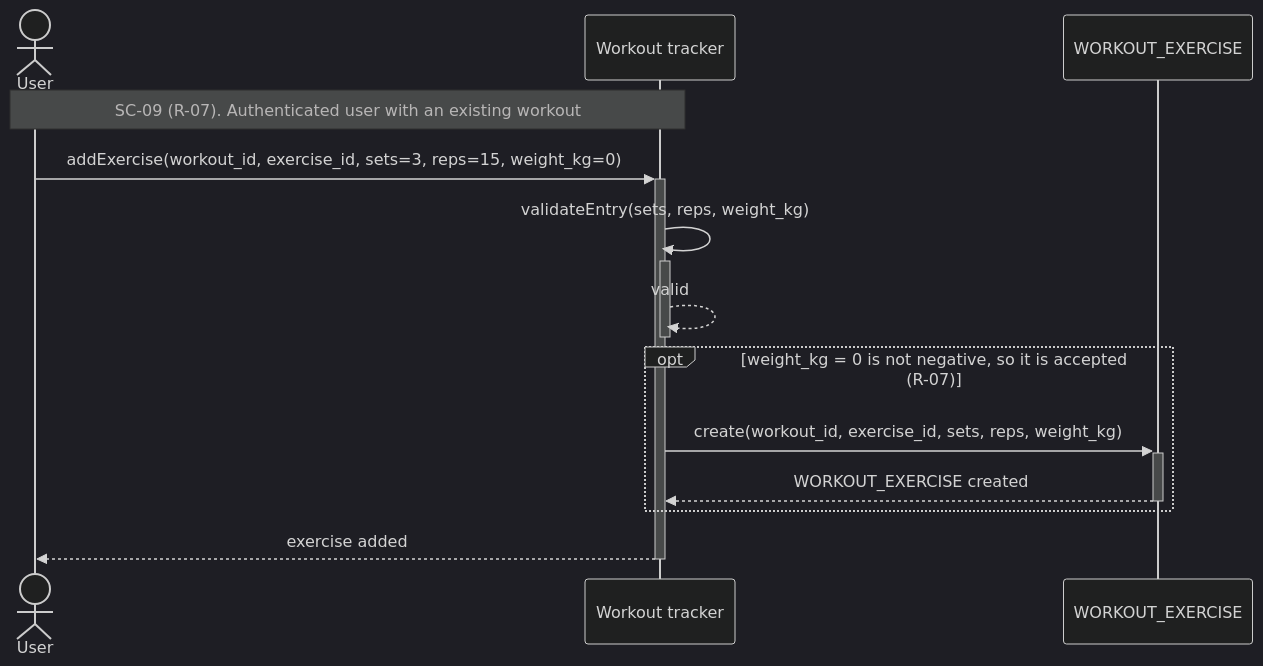
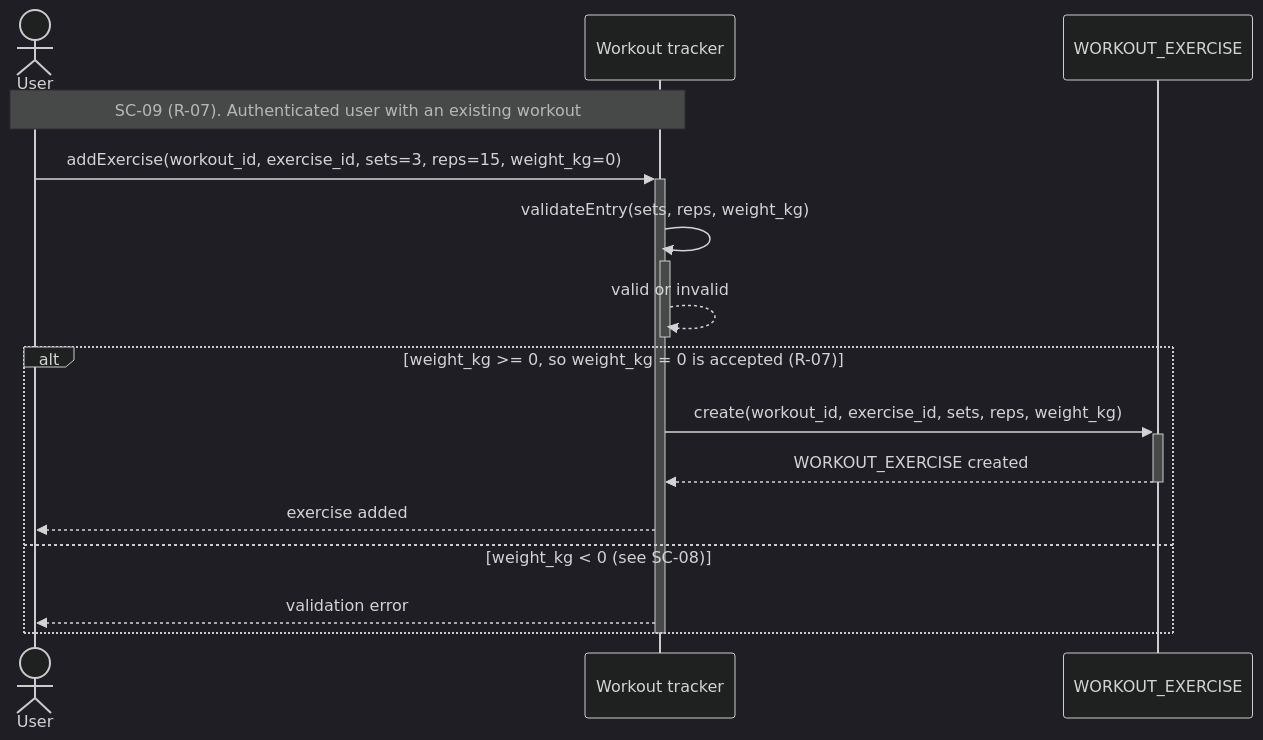
Before and after one commit to setlors/kpi-2: the diagram in task-3/sequence-diagram-sc-09.mmd, drawn with Mermaid (dark theme). The commit also changed 5 other files, not shown here.

Commit message:
update task 3 diagrams

```diff
--- a/task-3/sequence-diagram-sc-09.mmd
+++ b/task-3/sequence-diagram-sc-09.mmd
@@ -1,14 +1,17 @@
 sequenceDiagram
     actor U as User
     participant T as Workout tracker
     participant WE as WORKOUT_EXERCISE
 
     Note over U,T: SC-09 (R-07). Authenticated user with an existing workout
     U->>+T: addExercise(workout_id, exercise_id, sets=3, reps=15, weight_kg=0)
     T->>+T: validateEntry(sets, reps, weight_kg)
-    T-->>-T: valid
-    opt weight_kg = 0 is not negative, so it is accepted (R-07)
+    T-->>-T: valid or invalid
+    alt weight_kg >= 0, so weight_kg = 0 is accepted (R-07)
         T->>+WE: create(workout_id, exercise_id, sets, reps, weight_kg)
         WE-->>-T: WORKOUT_EXERCISE created
+        T-->>U: exercise added
+    else weight_kg < 0 (see SC-08)
+        T-->>U: validation error
     end
-    T-->>-U: exercise added
+    deactivate T
```
